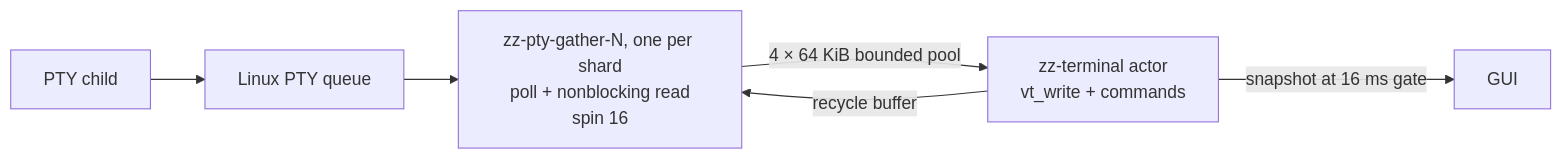
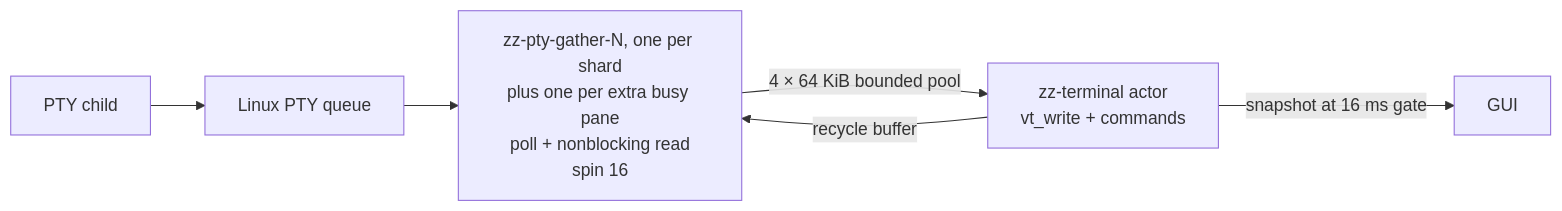
One commit to autistic-computer/zebrilus changed the fourth of 5 diagrams in knowledge/terminal/pty-drain.md. Above: the diagram before and after it, drawn with Mermaid. The commit also changed other lines of this file and 1 other file, not shown here.

First line of the commit message:
Lend busy PTY panes to their own gather threads on Linux

````diff
--- a/knowledge/terminal/pty-drain.md
+++ b/knowledge/terminal/pty-drain.md
@@ -167,8 +182,8 @@
 ```mermaid
 flowchart LR
     child["PTY child"] --> kernel["Linux PTY queue"]
-    kernel --> gather["zz-pty-gather-N, one per shard<br/>poll + nonblocking read<br/>spin 16"]
+    kernel --> gather["zz-pty-gather-N, one per shard<br/>plus one per extra busy pane<br/>poll + nonblocking read<br/>spin 16"]
     gather -->|"4 × 64 KiB bounded pool"| actor["zz-terminal actor<br/>vt_write + commands"]
     actor -->|"recycle buffer"| gather
     actor -->|"snapshot at 16 ms gate"| render["GUI"]
 ```
````
